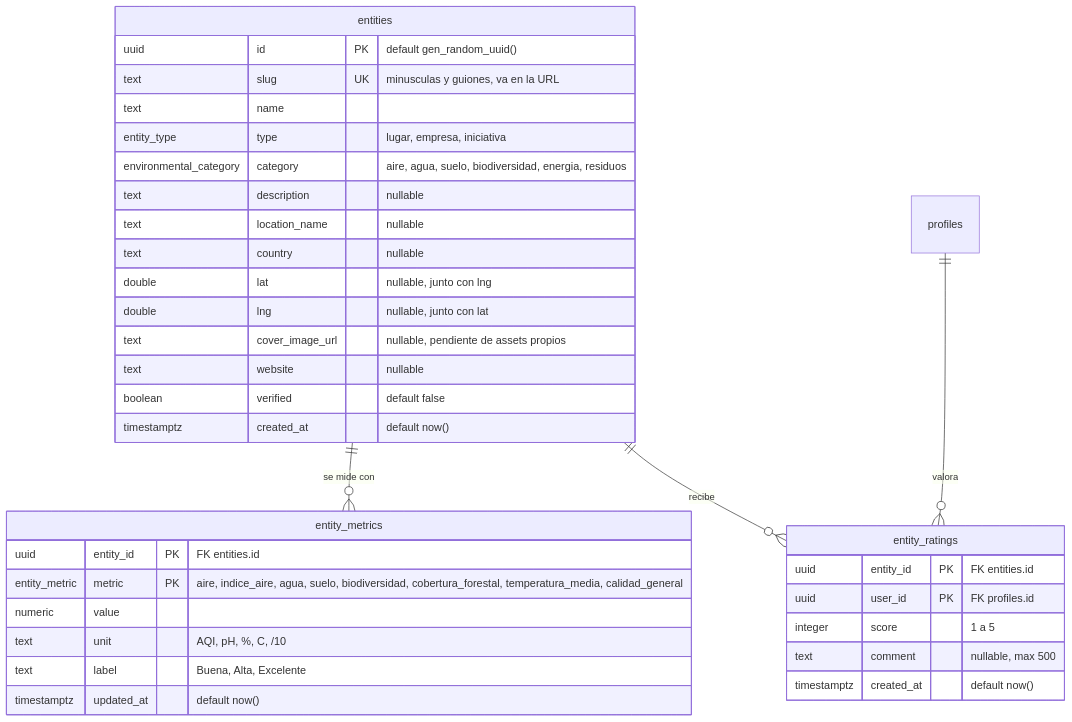
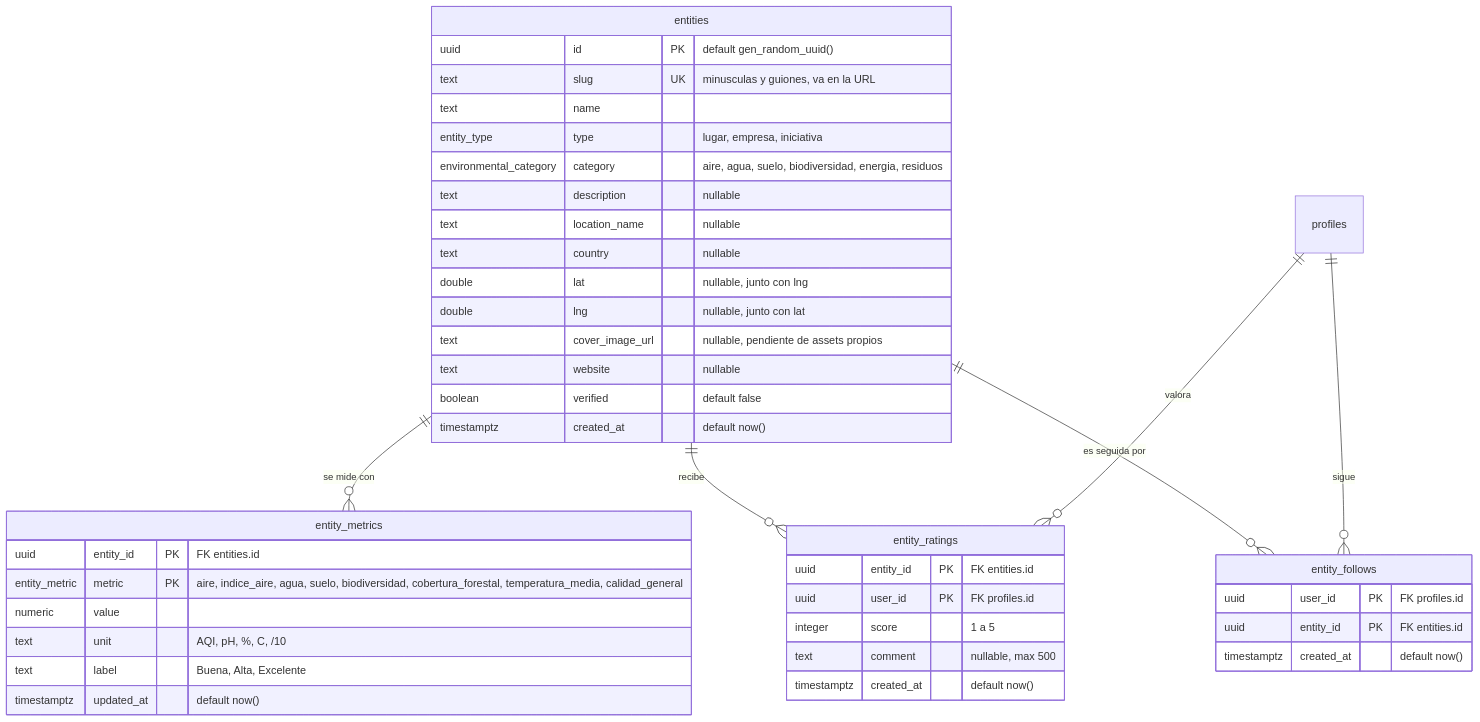
One commit to ExpeAvomo15/oveng-envhealth changed the second of 2 diagrams in docs/03_MODELO_DATOS.md. Above: the diagram before and after it, drawn with Mermaid. The commit also changed other lines of this file and 43 other files, not shown here.

First line of the commit message:
F2.2: search directory with entity cards and entity follows

````diff
--- a/docs/03_MODELO_DATOS.md
+++ b/docs/03_MODELO_DATOS.md
@@ -64,40 +64,48 @@
 ```mermaid
 erDiagram
     entities       ||--o{ entity_metrics : "se mide con"
     entities       ||--o{ entity_ratings : "recibe"
     profiles       ||--o{ entity_ratings : "valora"
+    entities       ||--o{ entity_follows : "es seguida por"
+    profiles       ||--o{ entity_follows : "sigue"
 
     entities {
         uuid id PK "default gen_random_uuid()"
         text slug UK "minusculas y guiones, va en la URL"
         text name
         entity_type type "lugar, empresa, iniciativa"
         environmental_category category "aire, agua, suelo, biodiversidad, energia, residuos"
         text description "nullable"
         text location_name "nullable"
         text country "nullable"
         double lat "nullable, junto con lng"
         double lng "nullable, junto con lat"
         text cover_image_url "nullable, pendiente de assets propios"
         text website "nullable"
         boolean verified "default false"
         timestamptz created_at "default now()"
     }
 
     entity_metrics {
         uuid entity_id PK "FK entities.id"
         entity_metric metric PK "aire, indice_aire, agua, suelo, biodiversidad, cobertura_forestal, temperatura_media, calidad_general"
         numeric value
         text unit "AQI, pH, %, C, /10"
         text label "Buena, Alta, Excelente"
         timestamptz updated_at "default now()"
     }
 
     entity_ratings {
         uuid entity_id PK "FK entities.id"
         uuid user_id PK "FK profiles.id"
         integer score "1 a 5"
         text comment "nullable, max 500"
         timestamptz created_at "default now()"
     }
+
+    entity_follows {
+        uuid user_id PK "FK profiles.id"
+        uuid entity_id PK "FK entities.id"
+        timestamptz created_at "default now()"
+    }
 ```
````
